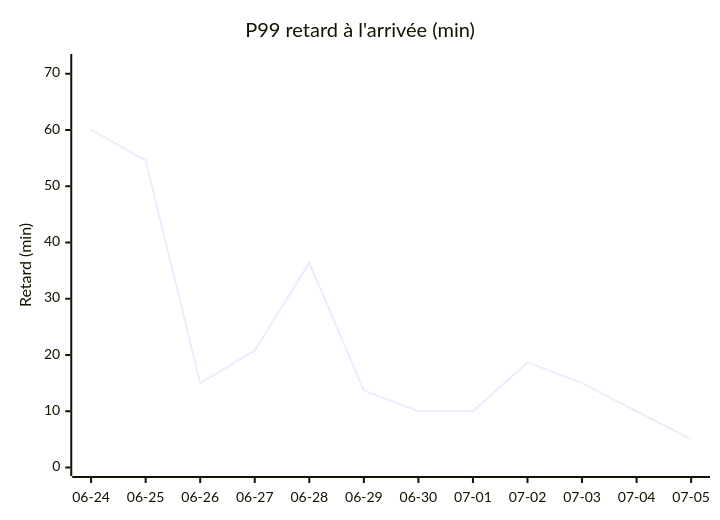
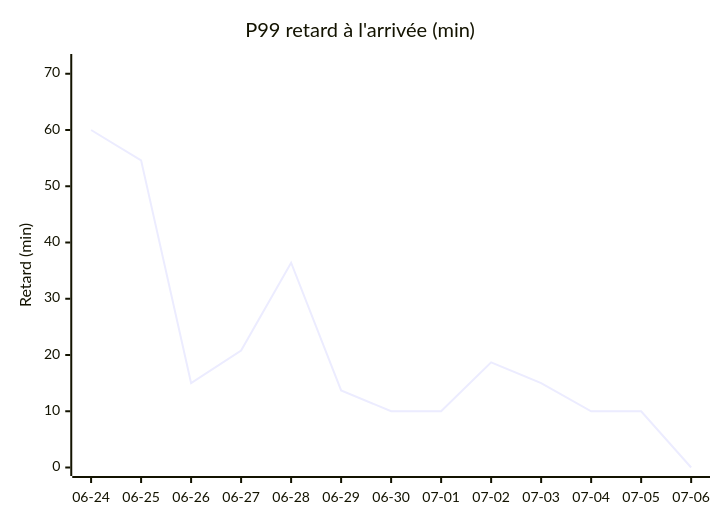
The second of 4 diagrams in STATS.md (antoinerep/horaire-ter), drawn with Mermaid before and after one commit. The commit also changed other lines of this file and 1 other file, not shown here.

````diff
--- a/STATS.md
+++ b/STATS.md
@@ -39,7 +39,7 @@
 ```mermaid
 xychart-beta
     title "P99 retard à l'arrivée (min)"
-    x-axis ["06-24", "06-25", "06-26", "06-27", "06-28", "06-29", "06-30", "07-01", "07-02", "07-03", "07-04", "07-05"]
+    x-axis ["06-24", "06-25", "06-26", "06-27", "06-28", "06-29", "06-30", "07-01", "07-02", "07-03", "07-04", "07-05", "07-06"]
     y-axis "Retard (min)" 0 --> 72
-    line [60.0, 54.6, 15.0, 20.8, 36.4, 13.7, 10.0, 10.0, 18.7, 15.0, 10.0, 5.0]
+    line [60.0, 54.6, 15.0, 20.8, 36.4, 13.7, 10.0, 10.0, 18.7, 15.0, 10.0, 10.0, 0.0]
 ```
````
